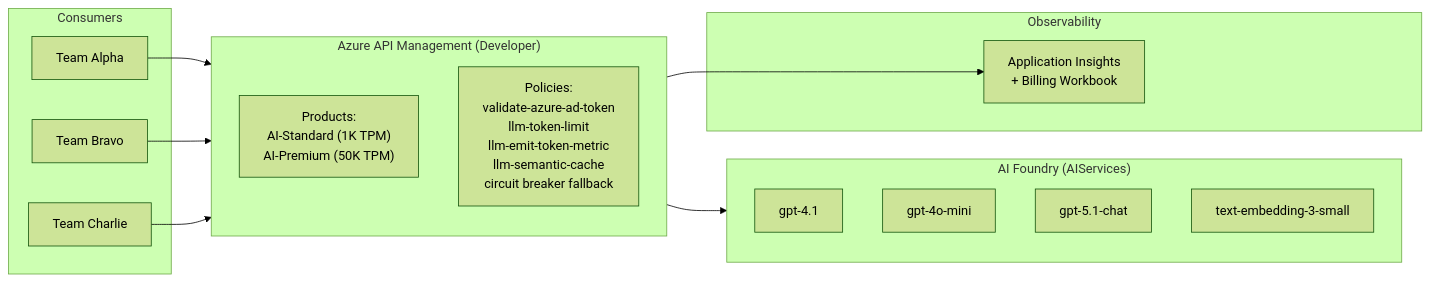
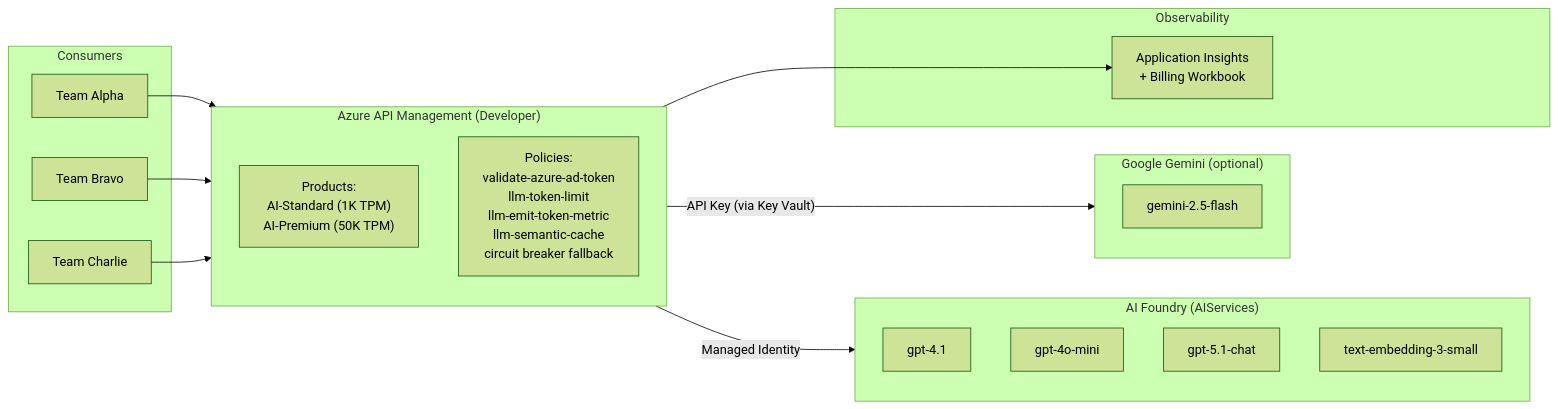
Before and after one commit to tjsullivan1/tjs-scripts: the first of 3 diagrams in solutions/ai-gateway-billing-sample/README.md, drawn with Mermaid (forest theme).

Commit message:
added gemini to architecture diagram

````diff
--- a/solutions/ai-gateway-billing-sample/README.md
+++ b/solutions/ai-gateway-billing-sample/README.md
@@ -9,31 +9,36 @@
 ```mermaid
 graph LR
     subgraph Consumers
         A[Team Alpha]
         B[Team Bravo]
         C[Team Charlie]
     end
 
     subgraph APIM["Azure API Management (Developer)"]
         direction TB
         Products["Products:<br/>AI-Standard (1K TPM)<br/>AI-Premium (50K TPM)"]
         Policies["Policies:<br/>validate-azure-ad-token<br/>llm-token-limit<br/>llm-emit-token-metric<br/>llm-semantic-cache<br/>circuit breaker fallback"]
     end
 
     subgraph Foundry["AI Foundry (AIServices)"]
         M1[gpt-4.1]
         M2[gpt-4o-mini]
         M3[gpt-5.1-chat]
         M4[text-embedding-3-small]
     end
 
+    subgraph Gemini["Google Gemini (optional)"]
+        G1[gemini-2.5-flash]
+    end
+
     subgraph Observability
         AppInsights["Application Insights<br/>+ Billing Workbook"]
     end
 
     A --> APIM
     B --> APIM
     C --> APIM
-    APIM --> Foundry
+    APIM -->|"Managed Identity"| Foundry
+    APIM -->|"API Key (via Key Vault)"| Gemini
     APIM --> AppInsights
 ```
````
